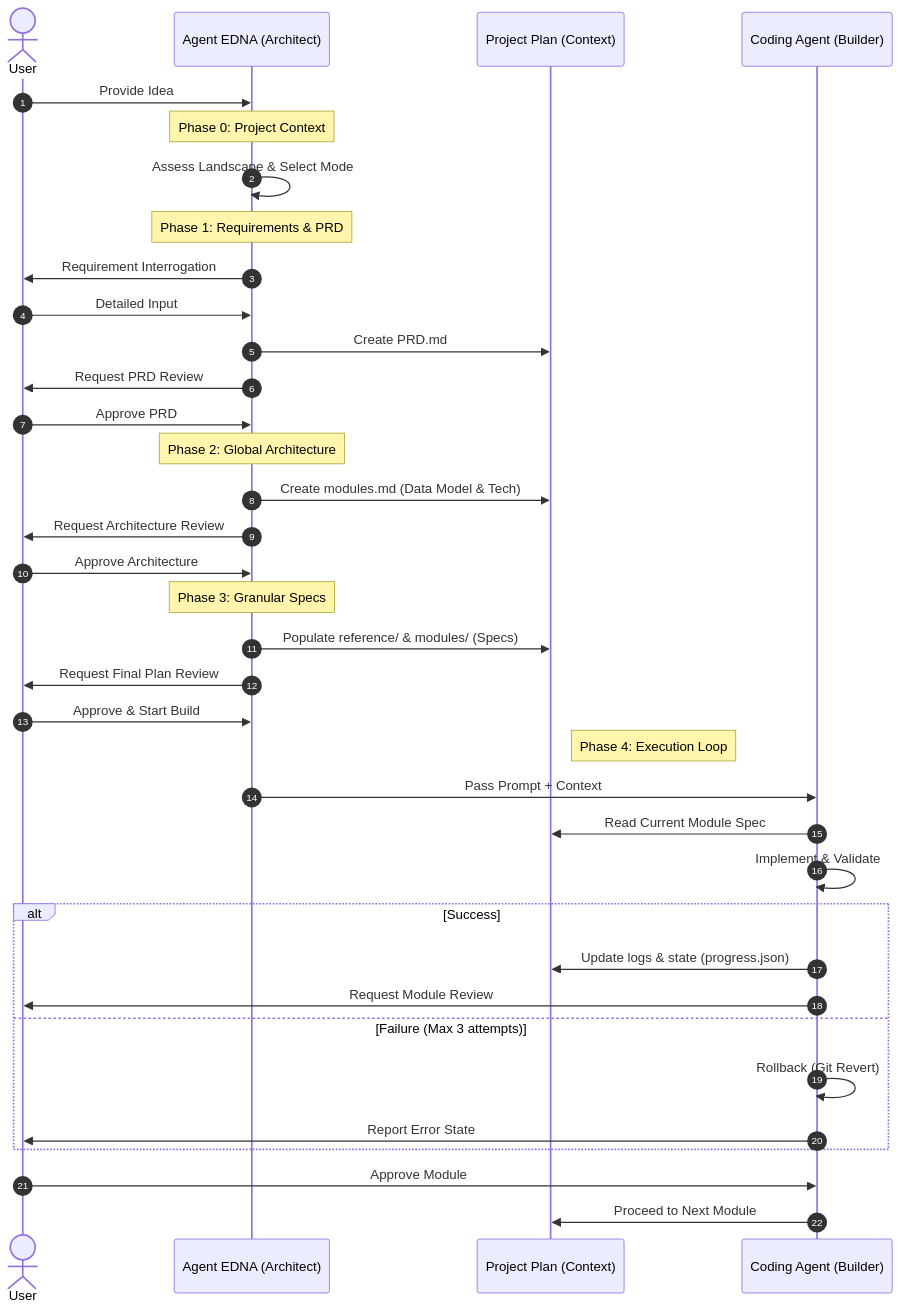
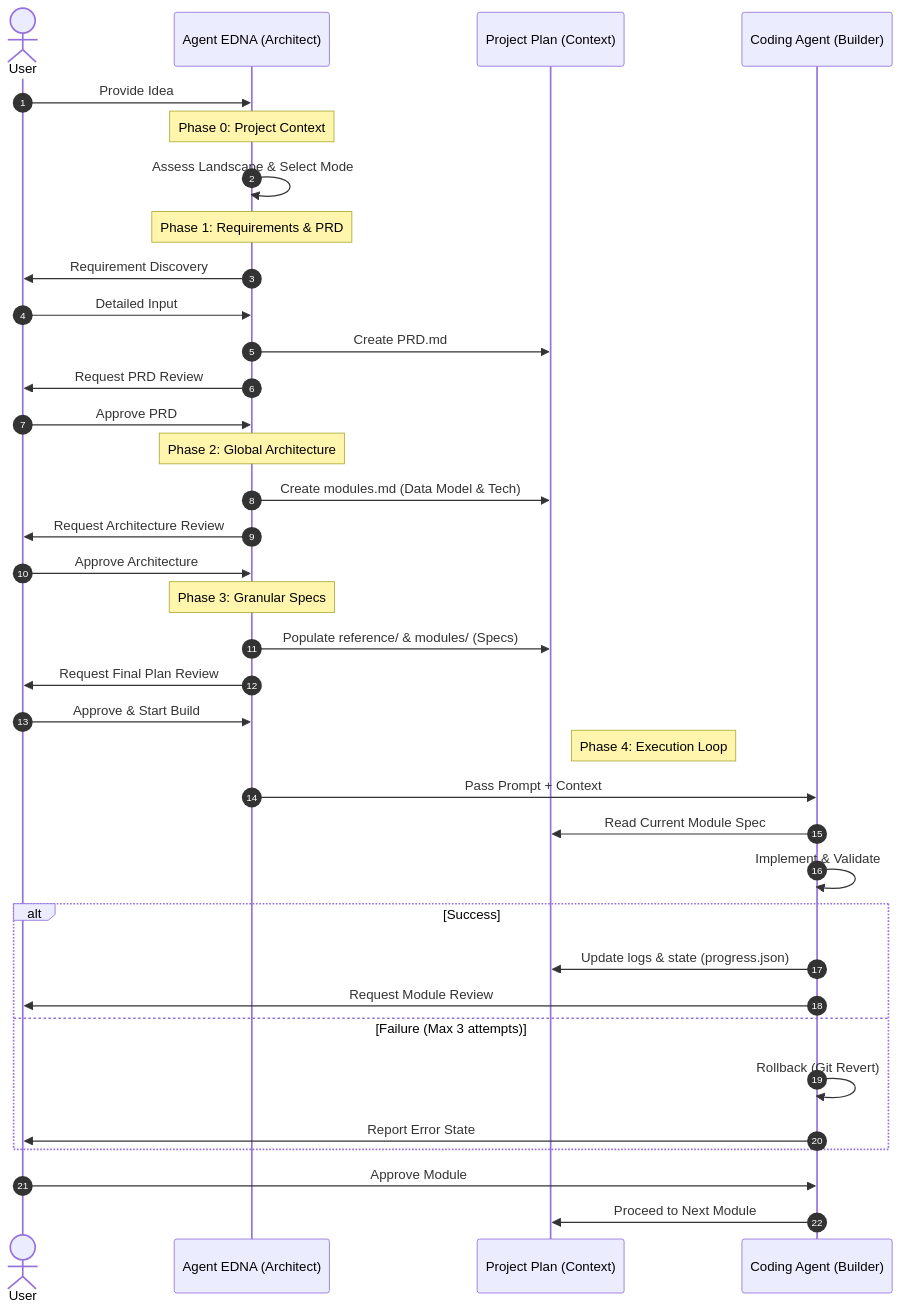
One commit to arinadi/EDNA changed the diagram in how_it_works.md. Above: the diagram before and after it, drawn with Mermaid. The commit also changed other lines of this file and 3 other files, not shown here.

````diff
--- a/how_it_works.md
+++ b/how_it_works.md
@@ -74,46 +74,46 @@
 ```mermaid
 sequenceDiagram
     autonumber
     actor User
     participant EDNA as Agent EDNA (Architect)
     participant Plan as Project Plan (Context)
     participant Coder as Coding Agent (Builder)
 
     User->>EDNA: Provide Idea
     
     Note over EDNA: Phase 0: Project Context
     EDNA->>EDNA: Assess Landscape & Select Mode
     
     Note over EDNA: Phase 1: Requirements & PRD
-    EDNA->>User: Requirement Interrogation
+    EDNA->>User: Requirement Discovery
     User->>EDNA: Detailed Input
     EDNA->>Plan: Create PRD.md
     EDNA->>User: Request PRD Review
     User->>EDNA: Approve PRD
     
     Note over EDNA: Phase 2: Global Architecture
     EDNA->>Plan: Create modules.md (Data Model & Tech)
     EDNA->>User: Request Architecture Review
     User->>EDNA: Approve Architecture
     
     Note over EDNA: Phase 3: Granular Specs
     EDNA->>Plan: Populate reference/ & modules/ (Specs)
     
     EDNA->>User: Request Final Plan Review
     User->>EDNA: Approve & Start Build
     
     Note right of Plan: Phase 4: Execution Loop
     EDNA->>Coder: Pass Prompt + Context
     Coder->>Plan: Read Current Module Spec
     Coder->>Coder: Implement & Validate
     alt Success
         Coder->>Plan: Update logs & state (progress.json)
         Coder->>User: Request Module Review
     else Failure (Max 3 attempts)
         Coder->>Coder: Rollback (Git Revert)
         Coder->>User: Report Error State
     end
     
     User->>Coder: Approve Module
     Coder->>Plan: Proceed to Next Module
 ```
````
